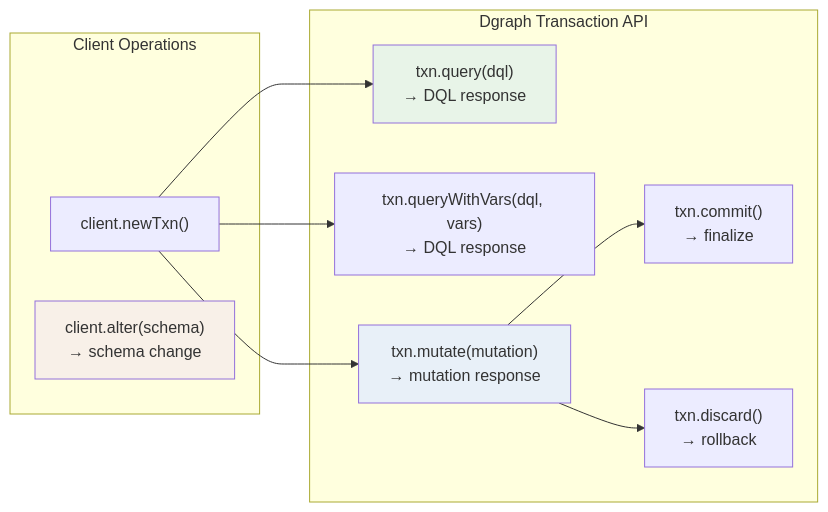
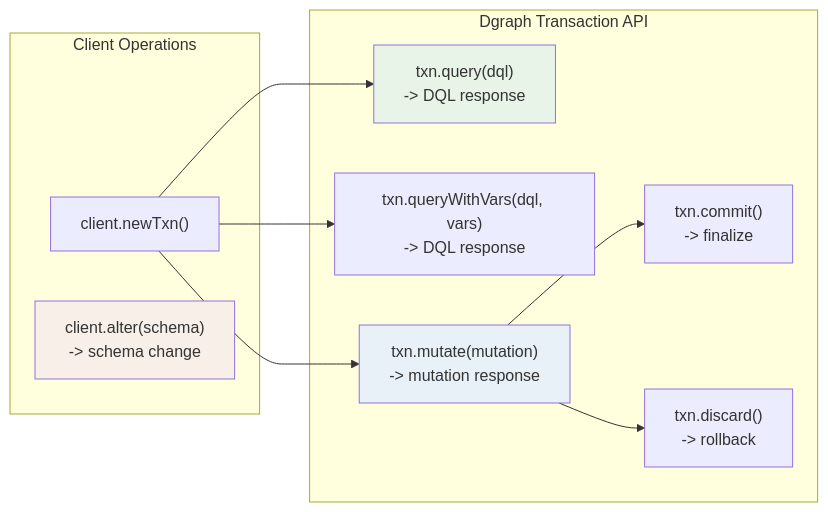
The third of 6 diagrams in docs/architecture.md (stevenvelozo/meadow-connection-dgraph), drawn with Mermaid before and after one commit. The commit also changed other lines of this file and 7 other files, not shown here.

````diff
--- a/docs/architecture.md
+++ b/docs/architecture.md
@@ -68,25 +68,25 @@
 ```mermaid
 flowchart LR
 	subgraph "Dgraph Transaction API"
-		QUERY["txn.query(dql)<br/>→ DQL response"]
-		QVAR["txn.queryWithVars(dql, vars)<br/>→ DQL response"]
-		MUTATE["txn.mutate(mutation)<br/>→ mutation response"]
-		COMMIT["txn.commit()<br/>→ finalize"]
-		DISCARD["txn.discard()<br/>→ rollback"]
+		QUERY["txn.query(dql)<br/>-> DQL response"]
+		QVAR["txn.queryWithVars(dql, vars)<br/>-> DQL response"]
+		MUTATE["txn.mutate(mutation)<br/>-> mutation response"]
+		COMMIT["txn.commit()<br/>-> finalize"]
+		DISCARD["txn.discard()<br/>-> rollback"]
 	end
 
 	subgraph "Client Operations"
 		NEWTXN["client.newTxn()"]
-		ALTER["client.alter(schema)<br/>→ schema change"]
+		ALTER["client.alter(schema)<br/>-> schema change"]
 	end
 
 	NEWTXN --> QUERY
 	NEWTXN --> QVAR
 	NEWTXN --> MUTATE
 	MUTATE --> COMMIT
 	MUTATE --> DISCARD
 
 	style QUERY fill:#e8f4e8
 	style MUTATE fill:#e8f0f8
 	style ALTER fill:#f8f0e8
 ```
````
